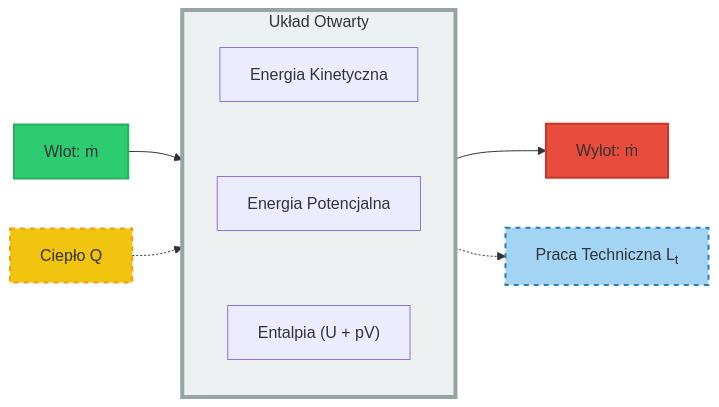
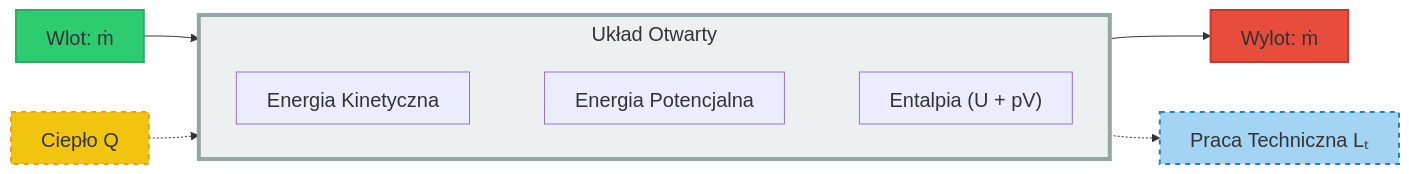
Before and after one commit to moondec/Termodynamika: the first of 2 diagrams in Wyklady/03_I_Zasada_Otwarte.qmd, drawn with Mermaid. The commit also changed other lines of this file and 84 other files, not shown here.

First line of the commit message:
Wykłady: diagramy mermaid bez ucinania i dopasowane do slajdów

````diff
--- a/Wyklady/03_I_Zasada_Otwarte.qmd
+++ b/Wyklady/03_I_Zasada_Otwarte.qmd
@@ -212,22 +212,23 @@
 ```{mermaid}
+%%{init: {'theme': 'default', 'htmlLabels': false, 'flowchart': {'htmlLabels': false, 'wrappingWidth': 400, 'subGraphTitleMargin': {'top': 6, 'bottom': 16}}, 'themeVariables': {'fontSize': '20px', 'fontFamily': 'Arial, Helvetica, sans-serif'}}}%%
 flowchart LR
     subgraph System ["Układ Otwarty"]
-        direction TB
+        direction LR
         K[Energia Kinetyczna]
         P[Energia Potencjalna]
         H["Entalpia (U + pV)"]
         K ~~~ P ~~~ H
     end
 
     In[Wlot: ṁ] --> System
     System --> Out[Wylot: ṁ]
 
     Q[Ciepło Q] -.-> System
-    System -.-> W["Praca Techniczna L<sub>t</sub>"]
+    System -.-> W["Praca Techniczna Lₜ"]
 
     style In fill:#2ecc71,stroke:#27ae60,stroke-width:2px
     style Out fill:#e74c3c,stroke:#c0392b,stroke-width:2px
     style Q fill:#f1c40f,stroke:#f39c12,stroke-width:2px,stroke-dasharray: 5 5
     style W fill:#a4d4f4ff,stroke:#2980b9,stroke-width:2px,stroke-dasharray: 5 5
     style System fill:#ecf0f1,stroke:#95a5a6,stroke-width:4px
 ```
````
